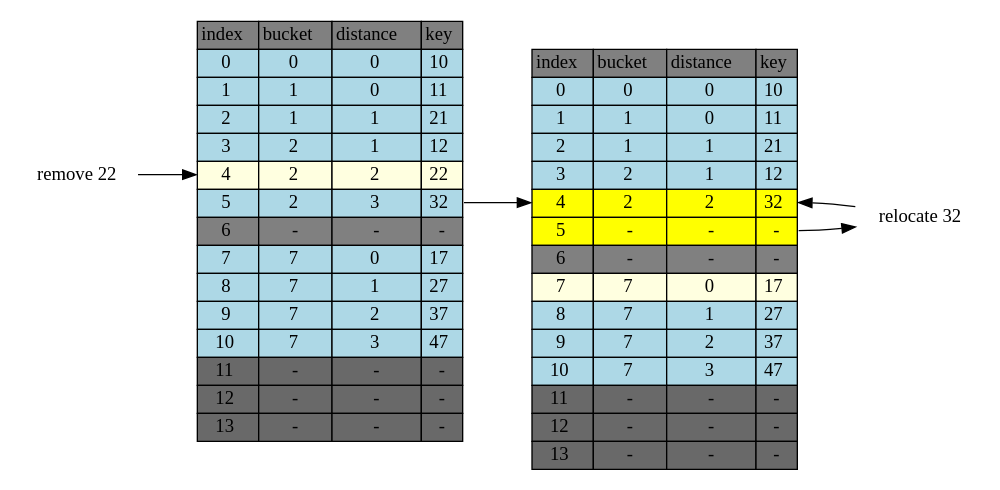
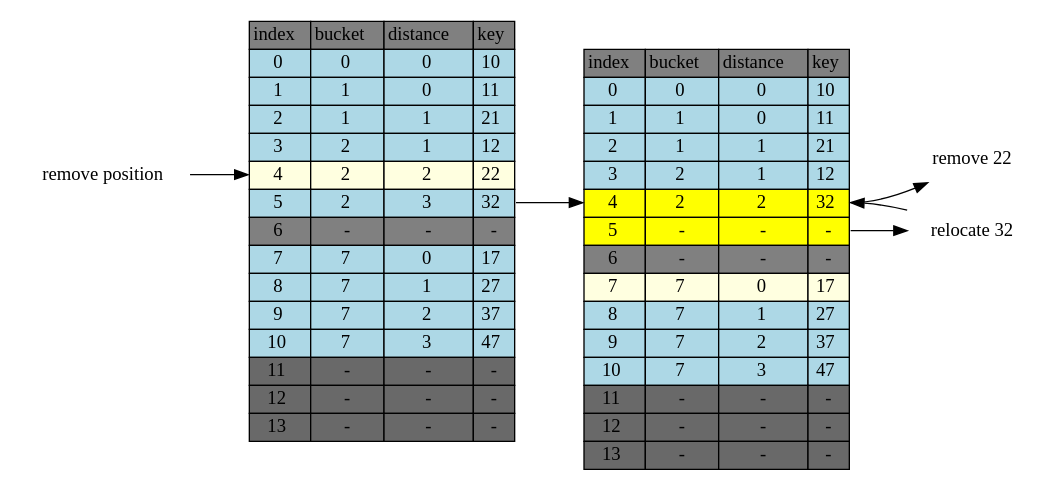
Before and after one commit to jasonlue/digest: the diagram in hashing/cluster-remove-22.dot, drawn with Graphviz. The commit also changed 5 other files, not shown here.

```diff
--- a/hashing/cluster-remove-22.dot
+++ b/hashing/cluster-remove-22.dot
@@ -1,198 +1,198 @@
 digraph table{
     rankdir=LR
     node[shape=plaintext]
 
     table[label=<
         <TABLE BORDER="0" CELLBORDER="1" CELLSPACING="0">
             <TR>
                 <TD BGCOLOR="grey">index</TD>
                 <TD BGCOLOR="grey">bucket</TD>
                 <TD BGCOLOR="grey">distance</TD>
                 <TD BGCOLOR="grey">key</TD>
             </TR>           
             <TR>
                 <TD BGCOLOR="lightblue" PORT="i0">0</TD>
                 <TD BGCOLOR="lightblue">0</TD>
                 <TD BGCOLOR="lightblue">0</TD>
                 <TD BGCOLOR="lightblue" PORT="k0">10</TD>
             </TR>           
             <TR>
                 <TD BGCOLOR="lightblue" PORT="i1">1</TD>
                 <TD BGCOLOR="lightblue">1</TD>
                 <TD BGCOLOR="lightblue">0</TD>
                 <TD BGCOLOR="lightblue" PORT="k1">11</TD>
             </TR>           
             <TR>
                 <TD BGCOLOR="lightblue" PORT="i2">2</TD>
                 <TD BGCOLOR="lightblue">1</TD>
                 <TD BGCOLOR="lightblue">1</TD>
                 <TD BGCOLOR="lightblue" PORT="k2">21</TD>
             </TR>           
             <TR>
                 <TD BGCOLOR="lightblue" PORT="i3">3</TD>
                 <TD BGCOLOR="lightblue">2</TD>
                 <TD BGCOLOR="lightblue">1</TD>
                 <TD BGCOLOR="lightblue" PORT="k3">12</TD>
             </TR>           
             <TR>
                 <TD BGCOLOR="lightyellow" PORT="i4">4</TD>
                 <TD BGCOLOR="lightyellow">2</TD>
                 <TD BGCOLOR="lightyellow">2</TD>
                 <TD BGCOLOR="lightyellow" PORT="k4">22</TD>
             </TR>           
             <TR>
                 <TD BGCOLOR="lightblue" PORT="i5">5</TD>
                 <TD BGCOLOR="lightblue">2</TD>
                 <TD BGCOLOR="lightblue">3</TD>
                 <TD BGCOLOR="lightblue" PORT="k5">32</TD>
             </TR>
             <TR>
                 <TD BGCOLOR="grey" PORT="i6">6</TD>
                 <TD BGCOLOR="grey">-</TD>
                 <TD BGCOLOR="grey">-</TD>
                 <TD BGCOLOR="grey" PORT="k6">-</TD> 
             </TR>           
             <TR>
                 <TD BGCOLOR="lightblue" PORT="i7">7</TD>
                 <TD BGCOLOR="lightblue">7</TD>
                 <TD BGCOLOR="lightblue">0</TD>
                 <TD BGCOLOR="lightblue" PORT="k7">17</TD>
             </TR>           
             <TR>
                 <TD BGCOLOR="lightblue" PORT="i8">8</TD>
                 <TD BGCOLOR="lightblue">7</TD>
                 <TD BGCOLOR="lightblue">1</TD>
                 <TD BGCOLOR="lightblue" PORT="k8">27</TD>
             </TR>           
             <TR>
                 <TD BGCOLOR="lightblue" PORT="i9">9</TD>
                 <TD BGCOLOR="lightblue">7</TD>
                 <TD BGCOLOR="lightblue">2</TD>
                 <TD BGCOLOR="lightblue" PORT="k9">37</TD>
             </TR>           
             <TR>
                 <TD BGCOLOR="lightblue" PORT="i10">10</TD>
                 <TD BGCOLOR="lightblue">7</TD>
                 <TD BGCOLOR="lightblue">3</TD>
                 <TD BGCOLOR="lightblue" PORT="k10">47</TD>
             </TR>           
             <TR>
                 <TD BGCOLOR="dimgrey" PORT="i11">11</TD>
                 <TD BGCOLOR="dimgrey">-</TD>
                 <TD BGCOLOR="dimgrey">-</TD>
                 <TD BGCOLOR="dimgrey" PORT="k11">-</TD>
             </TR>           
             <TR>
                 <TD BGCOLOR="dimgrey" PORT="i12">12</TD>
                 <TD BGCOLOR="dimgrey">-</TD>
                 <TD BGCOLOR="dimgrey">-</TD>
                 <TD BGCOLOR="dimgrey" PORT="k12">-</TD>
             </TR>           
             <TR>
                 <TD BGCOLOR="dimgrey" PORT="i13">13</TD>
                 <TD BGCOLOR="dimgrey">-</TD>
                 <TD BGCOLOR="dimgrey">-</TD>
                 <TD BGCOLOR="dimgrey" PORT="k13">-</TD>
             </TR>           
         </TABLE>
     >]
      table2[label=<
         <TABLE BORDER="0" CELLBORDER="1" CELLSPACING="0">
             <TR>
                 <TD BGCOLOR="grey">index</TD>
                 <TD BGCOLOR="grey">bucket</TD>
                 <TD BGCOLOR="grey">distance</TD>
                 <TD BGCOLOR="grey">key</TD>
             </TR>           
             <TR>
                 <TD BGCOLOR="lightblue" PORT="i0">0</TD>
                 <TD BGCOLOR="lightblue">0</TD>
                 <TD BGCOLOR="lightblue">0</TD>
                 <TD BGCOLOR="lightblue" PORT="k0">10</TD>
             </TR>           
             <TR>
                 <TD BGCOLOR="lightblue" PORT="i1">1</TD>
                 <TD BGCOLOR="lightblue">1</TD>
                 <TD BGCOLOR="lightblue">0</TD>
                 <TD BGCOLOR="lightblue" PORT="k1">11</TD>
             </TR>           
             <TR>
                 <TD BGCOLOR="lightblue" PORT="i2">2</TD>
                 <TD BGCOLOR="lightblue">1</TD>
                 <TD BGCOLOR="lightblue">1</TD>
                 <TD BGCOLOR="lightblue" PORT="k2">21</TD>
             </TR>           
             <TR>
                 <TD BGCOLOR="lightblue" PORT="i3">3</TD>
                 <TD BGCOLOR="lightblue">2</TD>
                 <TD BGCOLOR="lightblue">1</TD>
                 <TD BGCOLOR="lightblue" PORT="k3">12</TD>
             </TR>           
             <TR>
                 <TD BGCOLOR="yellow" PORT="i4">4</TD>
                 <TD BGCOLOR="yellow">2</TD>
                 <TD BGCOLOR="yellow">2</TD>
                 <TD BGCOLOR="yellow" PORT="k4">32</TD>
             </TR>           
             <TR>
                 <TD BGCOLOR="yellow" PORT="i5">5</TD>
                 <TD BGCOLOR="yellow">-</TD>
                 <TD BGCOLOR="yellow">-</TD>
                 <TD BGCOLOR="yellow" PORT="k5">-</TD>
             </TR>
             <TR>
                 <TD BGCOLOR="grey" PORT="i6">6</TD>
                 <TD BGCOLOR="grey">-</TD>
                 <TD BGCOLOR="grey">-</TD>
                 <TD BGCOLOR="grey" PORT="k6">-</TD> 
             </TR>           
             <TR>
                 <TD BGCOLOR="lightyellow" PORT="i7">7</TD>
                 <TD BGCOLOR="lightyellow">7</TD>
                 <TD BGCOLOR="lightyellow">0</TD>
                 <TD BGCOLOR="lightyellow" PORT="k7">17</TD>
             </TR>           
             <TR>
                 <TD BGCOLOR="lightblue" PORT="i8">8</TD>
                 <TD BGCOLOR="lightblue">7</TD>
                 <TD BGCOLOR="lightblue">1</TD>
                 <TD BGCOLOR="lightblue" PORT="k8">27</TD>
             </TR>           
             <TR>
                 <TD BGCOLOR="lightblue" PORT="i9">9</TD>
                 <TD BGCOLOR="lightblue">7</TD>
                 <TD BGCOLOR="lightblue">2</TD>
                 <TD BGCOLOR="lightblue" PORT="k9">37</TD>
             </TR>           
             <TR>
                 <TD BGCOLOR="lightblue" PORT="i10">10</TD>
                 <TD BGCOLOR="lightblue">7</TD>
                 <TD BGCOLOR="lightblue">3</TD>
                 <TD BGCOLOR="lightblue" PORT="k10">47</TD>
             </TR>           
             <TR>
                 <TD BGCOLOR="dimgrey" PORT="i11">11</TD>
                 <TD BGCOLOR="dimgrey">-</TD>
                 <TD BGCOLOR="dimgrey">-</TD>
                 <TD BGCOLOR="dimgrey" PORT="k11">-</TD>
             </TR>           
             <TR>
                 <TD BGCOLOR="dimgrey" PORT="i12">12</TD>
                 <TD BGCOLOR="dimgrey">-</TD>
                 <TD BGCOLOR="dimgrey">-</TD>
                 <TD BGCOLOR="dimgrey" PORT="k12">-</TD>
             </TR>           
             <TR>
                 <TD BGCOLOR="dimgrey" PORT="i13">13</TD>
                 <TD BGCOLOR="dimgrey">-</TD>
                 <TD BGCOLOR="dimgrey">-</TD>
                 <TD BGCOLOR="dimgrey" PORT="k13">-</TD>
             </TR>           
         </TABLE>
     >]
 
- "remove 22" -> table:i4
- table:k5->table2:i4
- table2:k5->"relocate 32"->table2:k4
- 
+    "remove position" -> table:i4
+    table:k5->table2:i4
+    table2:k4->"remove 22"
+    table2:k5->"relocate 32"->table2:k4 
 }
```
